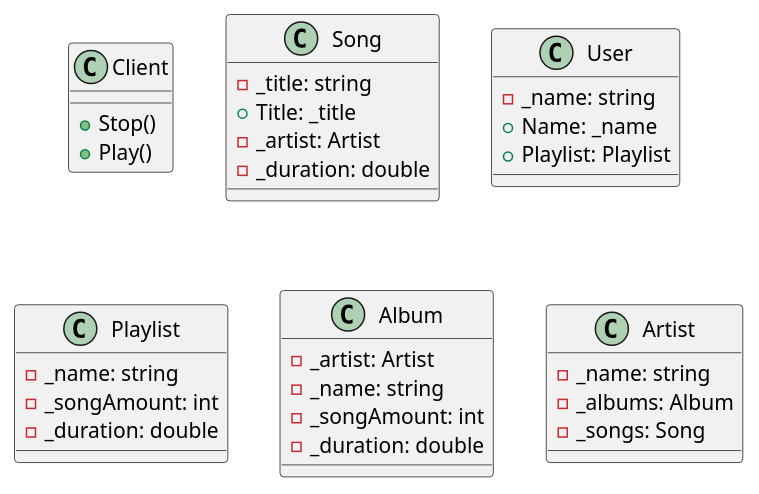
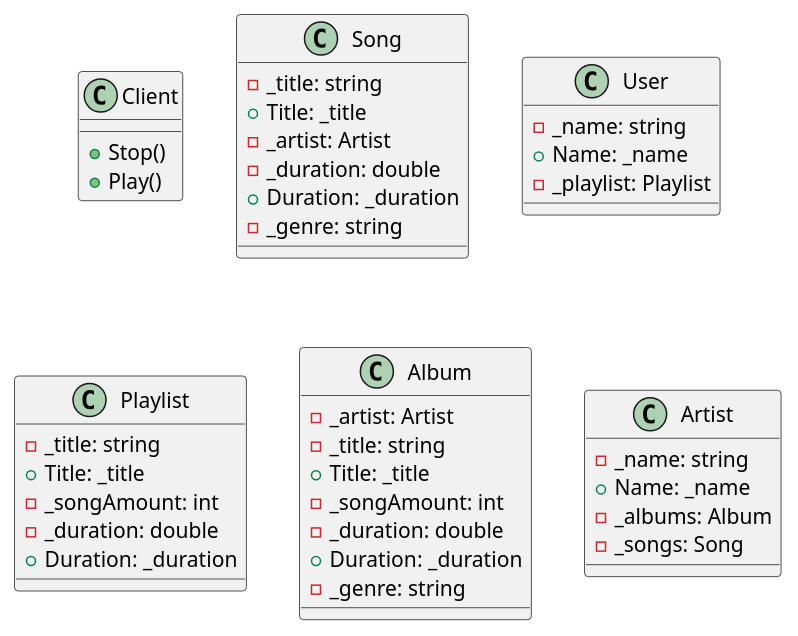
One commit to A-A-Tel/media-player changed the diagram in class-diagram.puml. Above: the diagram before and after it, drawn with PlantUML.

Commit message:
Some objects made public

```diff
--- a/class-diagram.puml
+++ b/class-diagram.puml
@@ -1,40 +1,48 @@
 @startuml
 
 class Client {
     + Stop()
     + Play()
 }
 
 class Song {
     - _title: string
     + Title: _title
     - _artist: Artist
     - _duration: double
+    + Duration: _duration
+    - _genre: string
 }
 
 class User {
     - _name: string
     + Name: _name
-    + Playlist: Playlist
+    - _playlist: Playlist
 }
 
 class Playlist {
-    - _name: string
+    - _title: string
+    + Title: _title
     - _songAmount: int
     - _duration: double
+    + Duration: _duration
 }
 
 class Album {
     - _artist: Artist
-    - _name: string
+    - _title: string
+    + Title: _title
     - _songAmount: int
     - _duration: double
+    + Duration: _duration
+    - _genre: string
 } 
 
 class Artist {
     - _name: string
+    + Name: _name
     - _albums: Album
     - _songs: Song
 }
 
 @enduml
```
